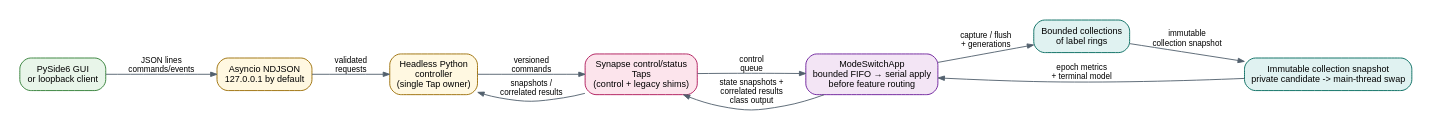
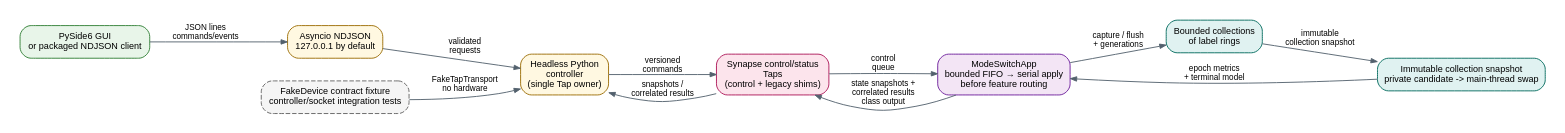
Before and after one commit to Neuro-Mechatronics-Interfaces/ScienceXYZ: the diagram in apps/broadband-mode-switch/docs/gui-control-architecture.dot, drawn with Graphviz. The commit also changed 21 other files, not shown here.

```diff
--- a/apps/broadband-mode-switch/docs/gui-control-architecture.dot
+++ b/apps/broadband-mode-switch/docs/gui-control-architecture.dot
@@ -1,23 +1,25 @@
 digraph broadband_gui_control {
   graph [rankdir=LR, bgcolor="white", pad="0.2", nodesep="0.35", ranksep="0.65"];
   node [shape=box, style="rounded,filled", fillcolor="#eef4ff", color="#315a9b", fontname="Arial", fontsize=10, margin="0.12,0.08"];
   edge [color="#52606d", arrowsize=0.7, fontname="Arial", fontsize=9];
 
-  client [label="PySide6 GUI\nor loopback client", fillcolor="#e8f5e9", color="#2e7d32"];
+  client [label="PySide6 GUI\nor packaged NDJSON client", fillcolor="#e8f5e9", color="#2e7d32"];
   socket [label="Asyncio NDJSON\n127.0.0.1 by default", fillcolor="#fff8e1", color="#9a6b00"];
   controller [label="Headless Python\ncontroller\n(single Tap owner)", fillcolor="#fff8e1", color="#9a6b00"];
   taps [label="Synapse control/status\nTaps\n(control + legacy shims)", fillcolor="#fce4ec", color="#ad1457"];
   app [label="ModeSwitchApp\nbounded FIFO → serial apply\nbefore feature routing", fillcolor="#f3e5f5", color="#6a1b9a"];
   buffers [label="Bounded collections\nof label rings", fillcolor="#e0f2f1", color="#00695c"];
   fit [label="Immutable collection snapshot\nprivate candidate -> main-thread swap", fillcolor="#e0f2f1", color="#00695c"];
+  fake [label="FakeDevice contract fixture\ncontroller/socket integration tests", fillcolor="#f5f5f5", color="#616161", style="rounded,dashed,filled"];
 
   client -> socket [label="JSON lines\ncommands/events"];
   socket -> controller [label="validated\nrequests"];
   controller -> taps [label="versioned\ncommands"];
   taps -> app [label="control\nqueue"];
   app -> buffers [label="capture / flush\n+ generations"];
   buffers -> fit [label="immutable\ncollection snapshot"];
   fit -> app [label="epoch metrics\n+ terminal model"];
   app -> taps [label="state snapshots +\ncorrelated results\nclass output"];
   taps -> controller [label="snapshots /\ncorrelated results"];
+  fake -> controller [label="FakeTapTransport\nno hardware"];
 }
```
